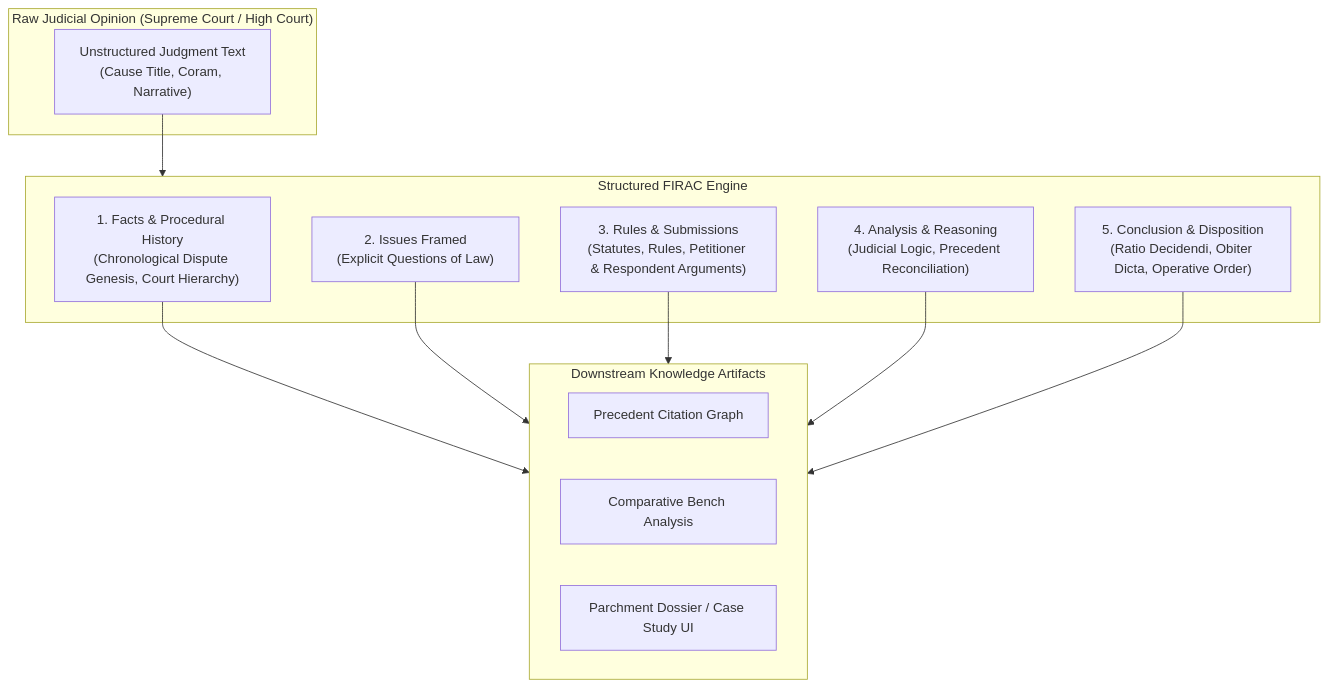
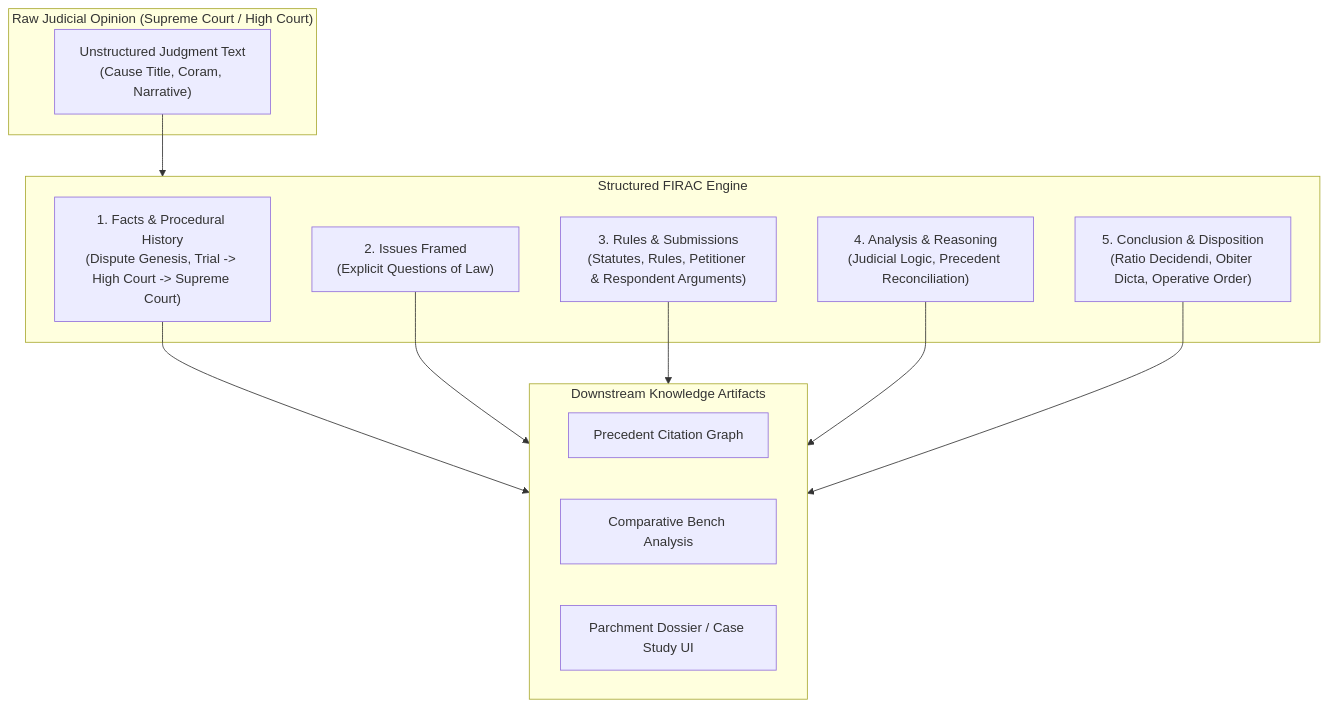
Before and after one commit to Yatharthnagpal/review: the first of 3 diagrams in 08_CASE_STUDY_DATA_SPECIFICATION.md, drawn with Mermaid. The commit also changed other lines of this file and 18 other files, not shown here.

````diff
--- a/08_CASE_STUDY_DATA_SPECIFICATION.md
+++ b/08_CASE_STUDY_DATA_SPECIFICATION.md
@@ -24,23 +25,23 @@
 ```mermaid
 flowchart TD
     subgraph Opinion["Raw Judicial Opinion (Supreme Court / High Court)"]
         Raw["Unstructured Judgment Text<br/>(Cause Title, Coram, Narrative)"]
     end
 
     subgraph FIRAC["Structured FIRAC Engine"]
-        F["1. Facts & Procedural History<br/>(Chronological Dispute Genesis, Court Hierarchy)"]
+        F["1. Facts & Procedural History<br/>(Dispute Genesis, Trial -> High Court -> Supreme Court)"]
         I["2. Issues Framed<br/>(Explicit Questions of Law)"]
         R["3. Rules & Submissions<br/>(Statutes, Rules, Petitioner & Respondent Arguments)"]
         A["4. Analysis & Reasoning<br/>(Judicial Logic, Precedent Reconciliation)"]
         C["5. Conclusion & Disposition<br/>(Ratio Decidendi, Obiter Dicta, Operative Order)"]
     end
 
     subgraph Knowledge["Downstream Knowledge Artifacts"]
         KG["Precedent Citation Graph"]
         Comp["Comparative Bench Analysis"]
         UI["Parchment Dossier / Case Study UI"]
     end
 
     Raw --> FIRAC
     F & I & R & A & C --> Knowledge
 ```
````
